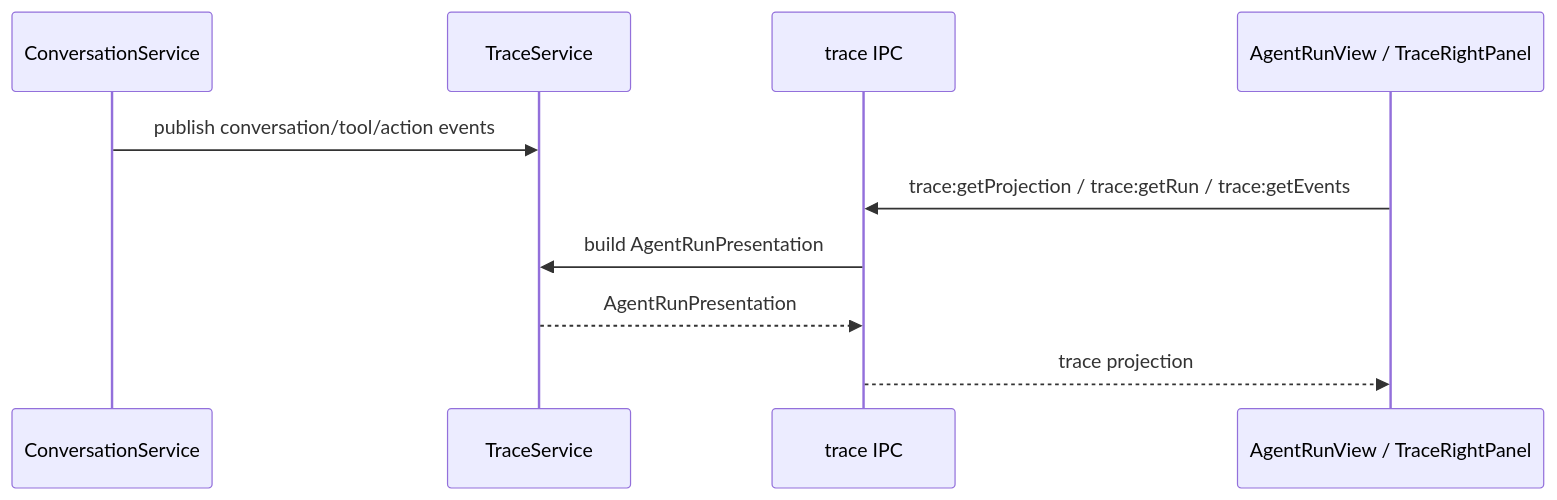
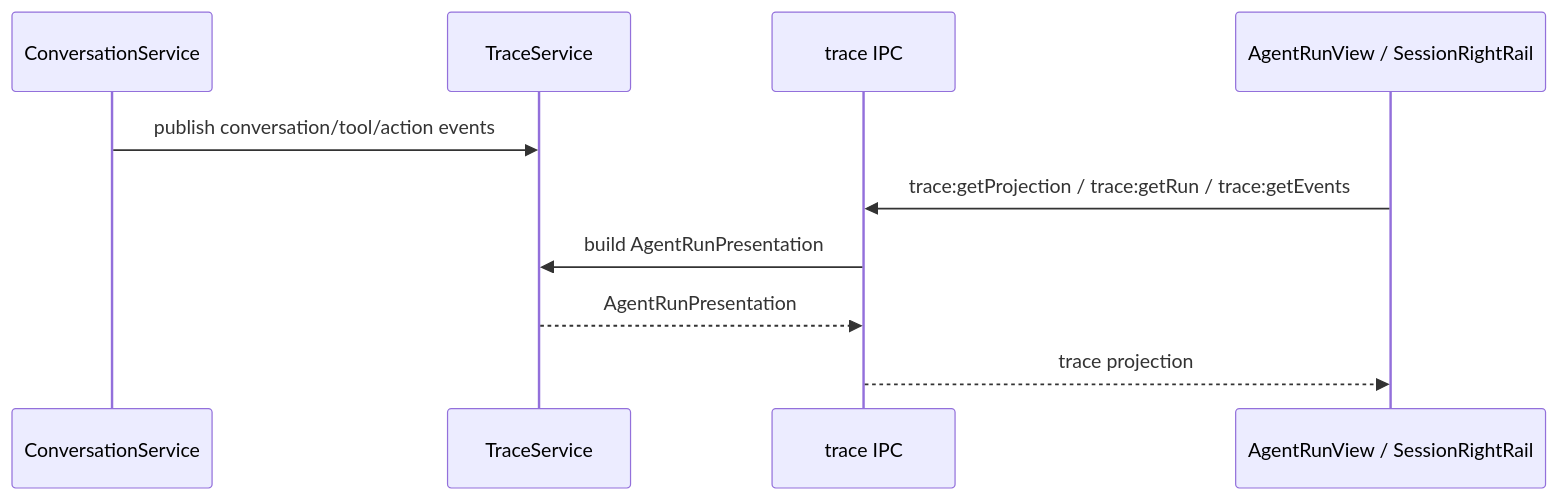
Before and after one commit to haolange/RDC-Agent: the third of 3 diagrams in docs/architecture/data-flow.md, drawn with Mermaid. The commit also changed 215 other files, not shown here.

````diff
--- a/docs/architecture/data-flow.md
+++ b/docs/architecture/data-flow.md
@@ -66,13 +66,13 @@
 ```mermaid
 sequenceDiagram
   participant Conversation as ConversationService
   participant Trace as TraceService
   participant IPC as trace IPC
-  participant UI as AgentRunView / TraceRightPanel
+  participant UI as AgentRunView / SessionRightRail
 
   Conversation->>Trace: publish conversation/tool/action events
   UI->>IPC: trace:getProjection / trace:getRun / trace:getEvents
   IPC->>Trace: build AgentRunPresentation
   Trace-->>IPC: AgentRunPresentation
   IPC-->>UI: trace projection
 ```
````
